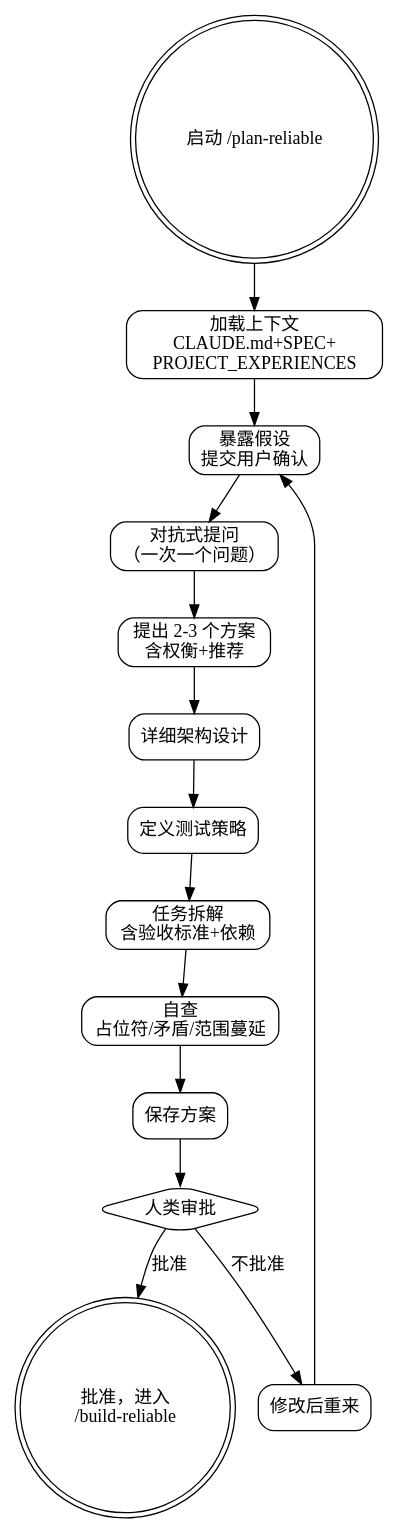
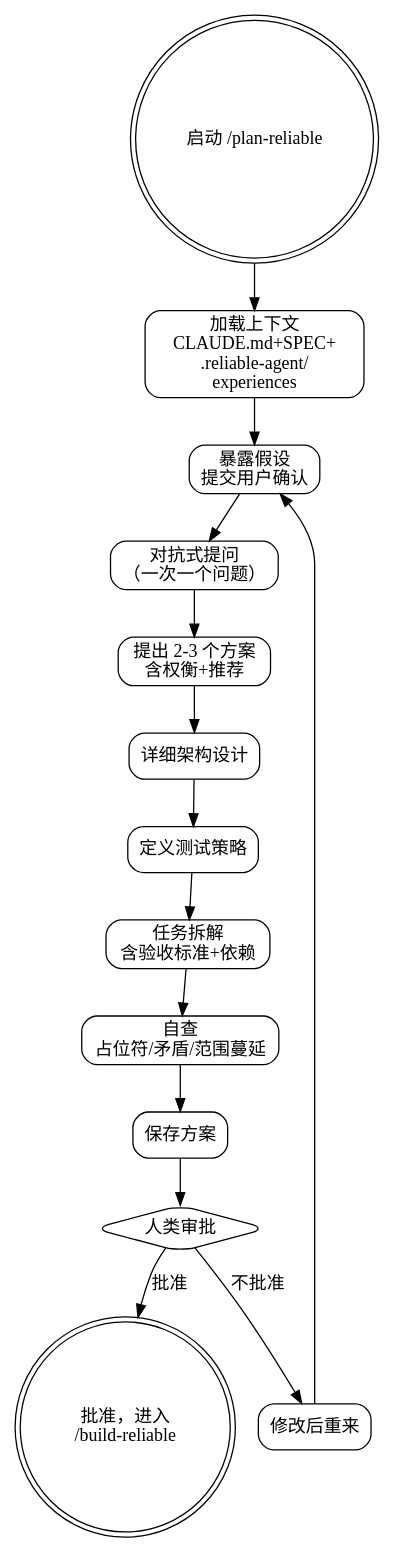
One commit to sueichen/reliable-agent changed the diagram in skills/reliable-plan/SKILL.md. Above: the diagram before and after it, drawn with Graphviz. The commit also changed other lines of this file and 14 other files, not shown here.

First line of the commit message:
refactor: isolate generated artifacts into .reliable-agent/ directory

````diff
--- a/skills/reliable-plan/SKILL.md
+++ b/skills/reliable-plan/SKILL.md
@@ -26,34 +26,34 @@
 ```dot
 digraph reliable_plan {
     rankdir=TB;
     node [shape=box, style=rounded];
 
     start [label="启动 /plan-reliable", shape=doublecircle];
-    context_load [label="加载上下文\nCLAUDE.md+SPEC+\nPROJECT_EXPERIENCES"];
+    context_load [label="加载上下文\nCLAUDE.md+SPEC+\n.reliable-agent/\nexperiences"];
     surface [label="暴露假设\n提交用户确认"];
     grill [label="对抗式提问\n（一次一个问题）"];
     propose [label="提出 2-3 个方案\n含权衡+推荐"];
     design [label="详细架构设计"];
     test_strategy [label="定义测试策略"];
     tasks [label="任务拆解\n含验收标准+依赖"];
     self_check [label="自查\n占位符/矛盾/范围蔓延"];
     save [label="保存方案"];
     human_gate [label="人类审批", shape=diamond];
     done [label="批准，进入\n/build-reliable", shape=doublecircle];
     loop_back [label="修改后重来"];
 
     start -> context_load;
     context_load -> surface;
     surface -> grill;
     grill -> propose;
     propose -> design;
     design -> test_strategy;
     test_strategy -> tasks;
     tasks -> self_check;
     self_check -> save;
     save -> human_gate;
     human_gate -> done [label="批准"];
     human_gate -> loop_back [label="不批准"];
     loop_back -> surface;
 }
 ```
````
